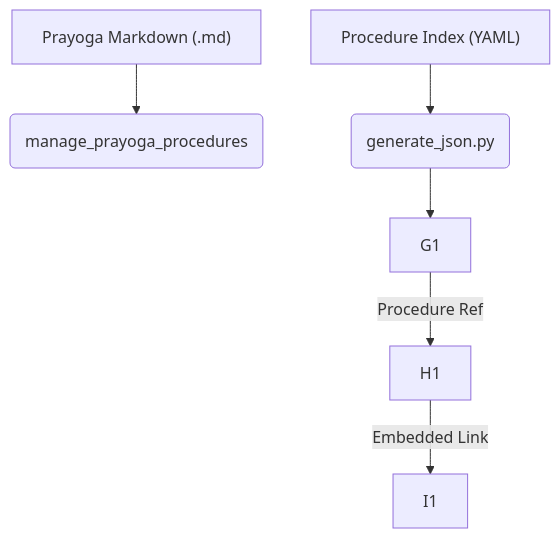
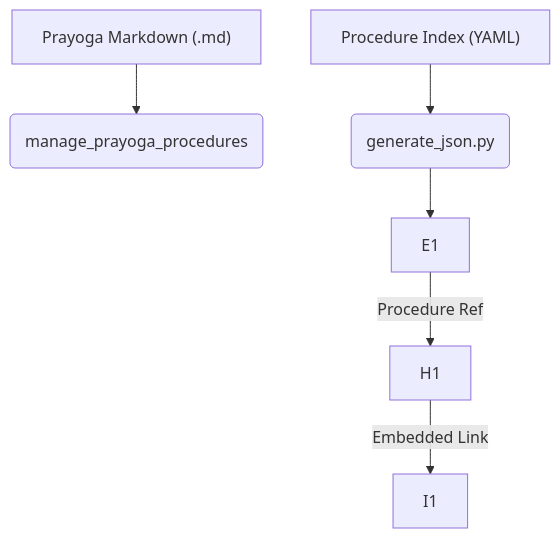
One commit to sekharnarayanaswamy-del/jaimineeyasamavedam changed the fourth of 4 diagrams in .agent/documentation/PIPELINE_ARCHITECTURE.md. Above: the diagram before and after it, drawn with Mermaid. The commit also changed other lines of this file and 99 other files, not shown here.

````diff
--- a/.agent/documentation/PIPELINE_ARCHITECTURE.md
+++ b/.agent/documentation/PIPELINE_ARCHITECTURE.md
@@ -74,8 +71,8 @@
 ```mermaid
 graph TD
     T1["Prayoga Markdown (.md)"] --> U1("manage_prayoga_procedures")
     V1["Procedure Index (YAML)"] --> W1("generate_json.py")
-    W1 --> G1
-    G1 -- "Procedure Ref" --> H1
+    W1 --> E1
+    E1 -- "Procedure Ref" --> H1
     H1 -- "Embedded Link" --> I1
 ```
````
